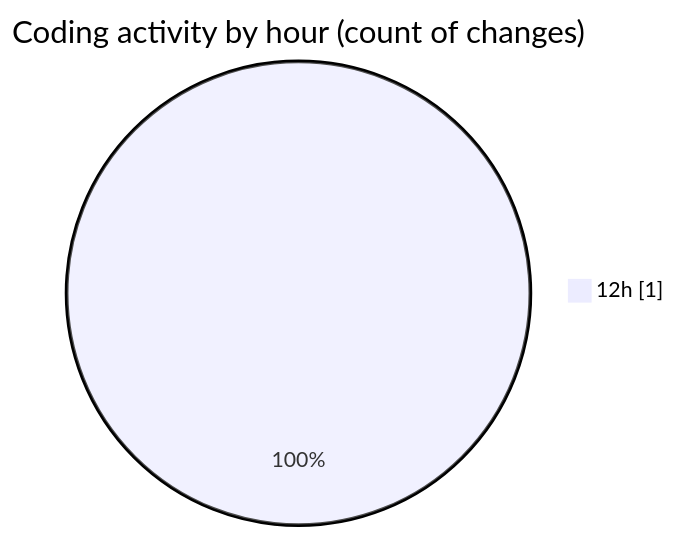
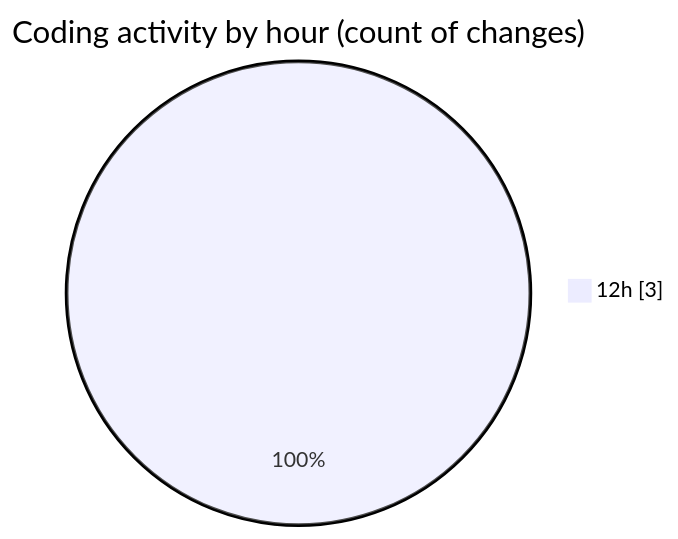
Before and after one commit to LanceThiago/code-tracking: the second of 2 diagrams in 2025-03-25/kml/README.md, drawn with Mermaid. The commit also changed other lines of this file and 1 other file, not shown here.

````diff
--- a/2025-03-25/kml/README.md
+++ b/2025-03-25/kml/README.md
@@ -28,5 +28,5 @@
 ```mermaid
 pie showData
 title Coding activity by hour (count of changes)
-"12h" : 1
+"12h" : 3
 ```
````
